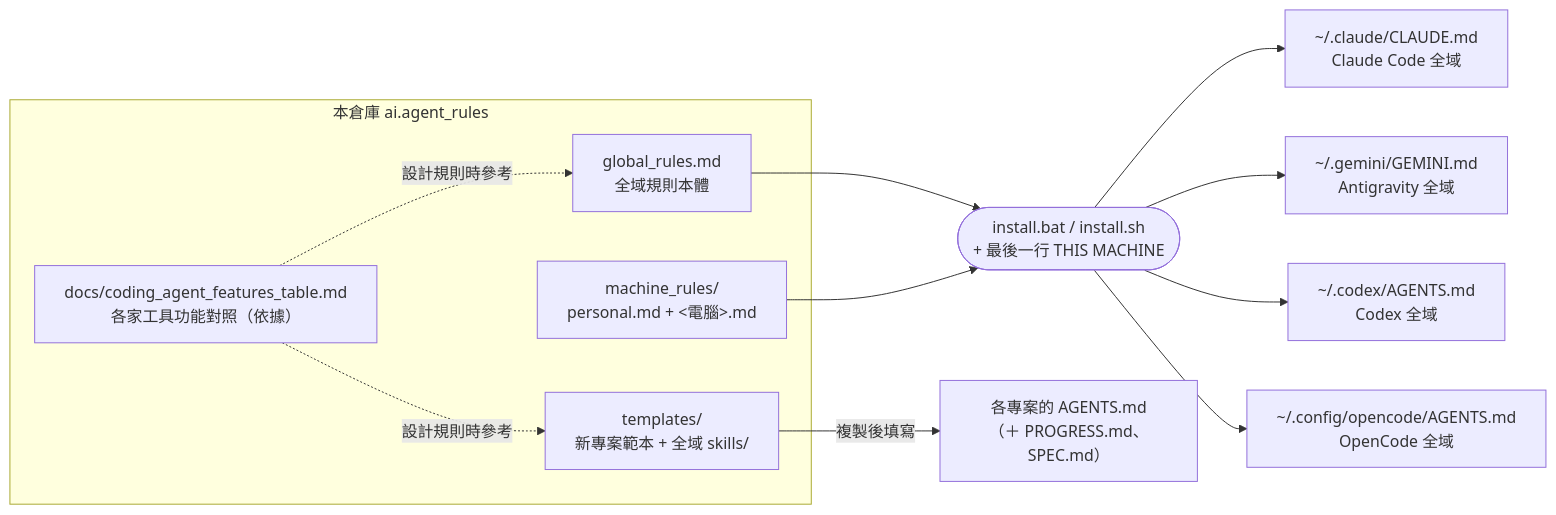
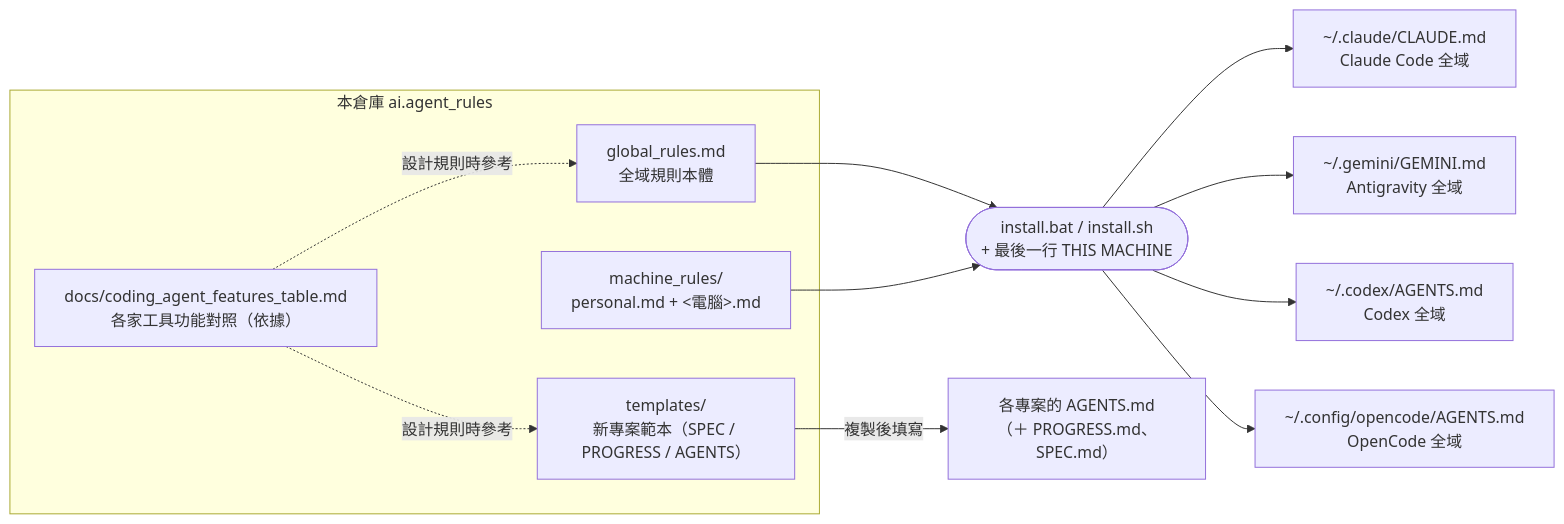
The first of 4 diagrams in README.md (erniesu8090-beep/ai.agent_rules), drawn with Mermaid before and after one commit. The commit also changed other lines of this file and 9 other files, not shown here.

````diff
--- a/README.md
+++ b/README.md
@@ -13,20 +13,20 @@
 ```mermaid
 flowchart LR
   subgraph REPO["本倉庫 ai.agent_rules"]
     G["global_rules.md<br/>全域規則本體"]
     M["machine_rules/<br/>personal.md + &lt;電腦&gt;.md"]
-    T["templates/<br/>新專案範本 + 全域 skills/"]
+    T["templates/<br/>新專案範本（SPEC / PROGRESS / AGENTS）"]
     D["docs/coding_agent_features_table.md<br/>各家工具功能對照（依據）"]
   end
 
   G --> I(["install.bat / install.sh<br/>+ 最後一行 THIS MACHINE"])
   M --> I
   I --> C["~/.claude/CLAUDE.md<br/>Claude Code 全域"]
   I --> A["~/.gemini/GEMINI.md<br/>Antigravity 全域"]
   I --> X["~/.codex/AGENTS.md<br/>Codex 全域"]
   I --> O["~/.config/opencode/AGENTS.md<br/>OpenCode 全域"]
 
   T -- 複製後填寫 --> P["各專案的 AGENTS.md<br/>（＋ PROGRESS.md、SPEC.md）"]
   D -. 設計規則時參考 .-> G
   D -. 設計規則時參考 .-> T
 ```
````
